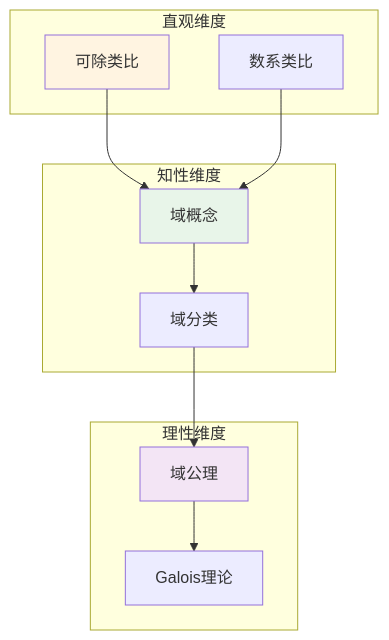
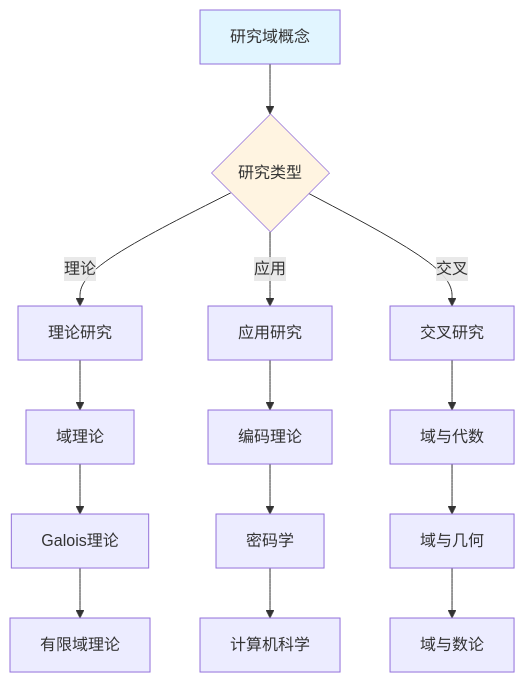
The eighth of 10 diagrams in concept/核心概念/10-域.md (AdaMartin18010/FormalMath), drawn with Mermaid before and after one commit. The commit also changed other lines of this file and 4793 other files, not shown here.

````diff
--- a/concept/核心概念/10-域.md
+++ b/concept/核心概念/10-域.md
@@ -745,27 +2411,22 @@
 ```mermaid
-graph TB
-    subgraph 直观维度
-        A1[可除类比]
-        A2[数系类比]
-    end
+graph TD
+    A[研究域概念] --> B{研究类型}
+    B -->|理论| C[理论研究]
+    B -->|应用| D[应用研究]
+    B -->|交叉| E[交叉研究]
 
-    subgraph 知性维度
-        B1[域概念]
-        B2[域分类]
-    end
+    C --> C1[域理论]
+    C1 --> C2[Galois理论]
+    C2 --> C3[有限域理论]
 
-    subgraph 理性维度
-        C1[域公理]
-        C2[Galois理论]
-    end
+    D --> D1[编码理论]
+    D1 --> D2[密码学]
+    D2 --> D3[计算机科学]
 
-    A1 --> B1
-    A2 --> B1
-    B1 --> B2
-    B2 --> C1
-    C1 --> C2
+    E --> E1[域与代数]
+    E1 --> E2[域与几何]
+    E2 --> E3[域与数论]
 
-    style A1 fill:#fff4e1
-    style B1 fill:#e8f5e9
-    style C1 fill:#f3e5f5
+    style A fill:#e1f5ff
+    style B fill:#fff4e1
 ```
````
